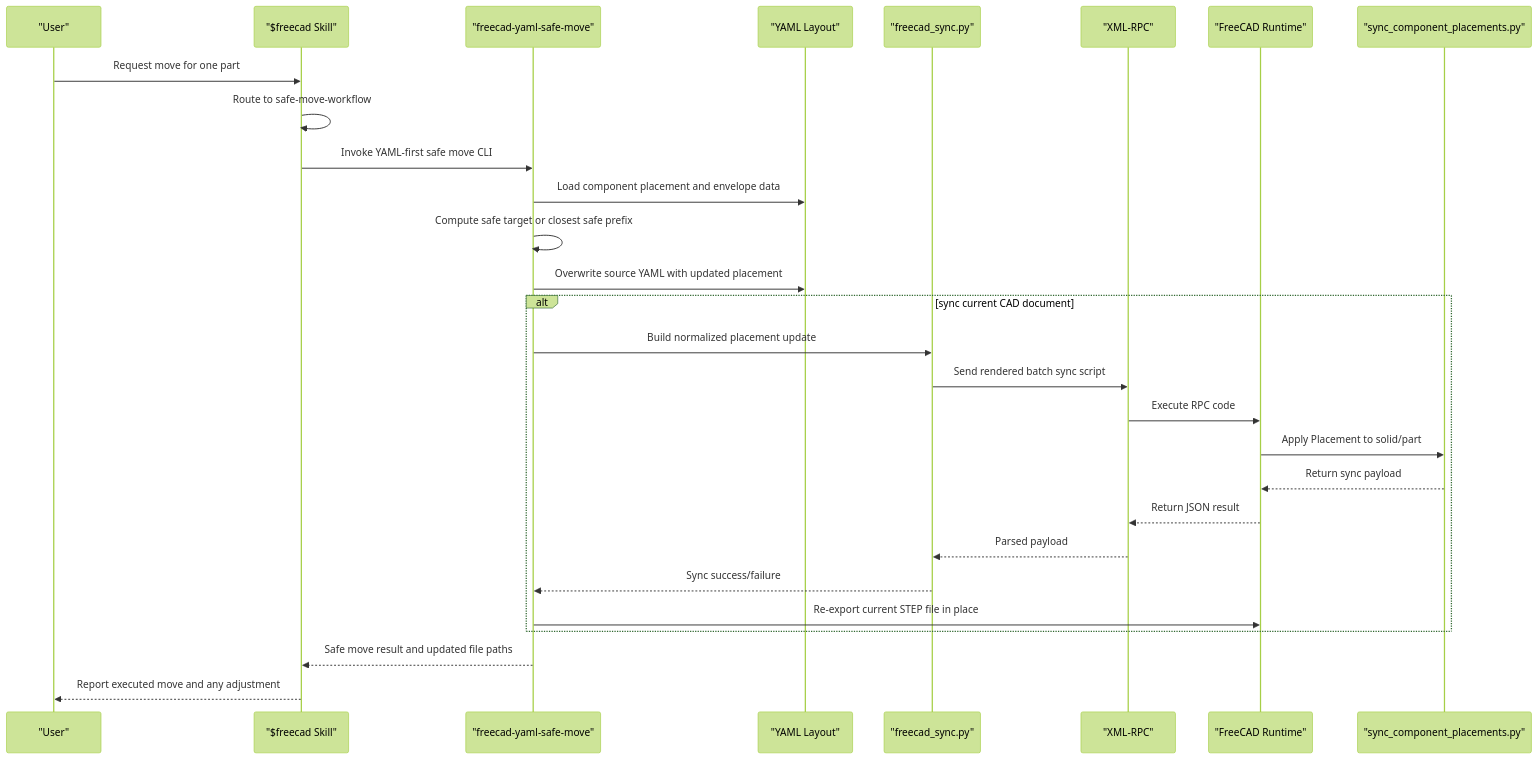
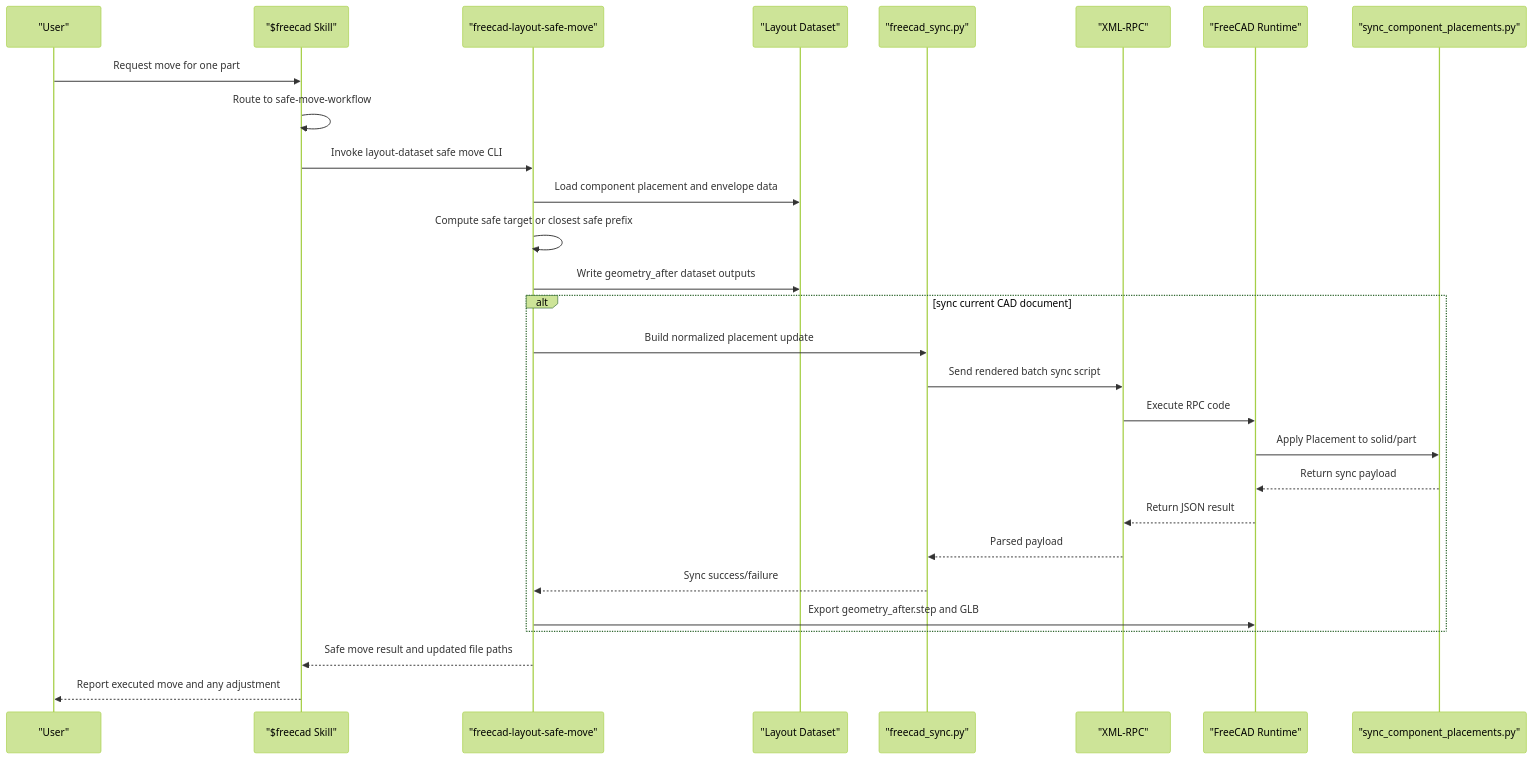
Before and after one commit to Bokai502/freecad-skill: the third of 3 diagrams in docs/ARCHITECTURE.md, drawn with Mermaid (forest theme). The commit also changed other lines of this file and 24 other files, not shown here.

Commit message:
Refine FreeCAD layout dataset workflows

````diff
--- a/docs/ARCHITECTURE.md
+++ b/docs/ARCHITECTURE.md
@@ -62,33 +62,33 @@
 ```mermaid
 sequenceDiagram
     participant U as "User"
     participant K as "$freecad Skill"
-    participant C as "freecad-yaml-safe-move"
-    participant Y as "YAML Layout"
+    participant C as "freecad-layout-safe-move"
+    participant Y as "Layout Dataset"
     participant S as "freecad_sync.py"
     participant X as "XML-RPC"
     participant F as "FreeCAD Runtime"
     participant R as "sync_component_placements.py"
 
     U->>K: Request move for one part
     K->>K: Route to safe-move-workflow
-    K->>C: Invoke YAML-first safe move CLI
+    K->>C: Invoke layout-dataset safe move CLI
     C->>Y: Load component placement and envelope data
     C->>C: Compute safe target or closest safe prefix
-    C->>Y: Overwrite source YAML with updated placement
+    C->>Y: Write geometry_after dataset outputs
 
     alt sync current CAD document
         C->>S: Build normalized placement update
         S->>X: Send rendered batch sync script
         X->>F: Execute RPC code
         F->>R: Apply Placement to solid/part
         R-->>F: Return sync payload
         F-->>X: Return JSON result
         X-->>S: Parsed payload
         S-->>C: Sync success/failure
-        C->>F: Re-export current STEP file in place
+        C->>F: Export geometry_after.step and GLB
     end
 
     C-->>K: Safe move result and updated file paths
     K-->>U: Report executed move and any adjustment
 ```
````
